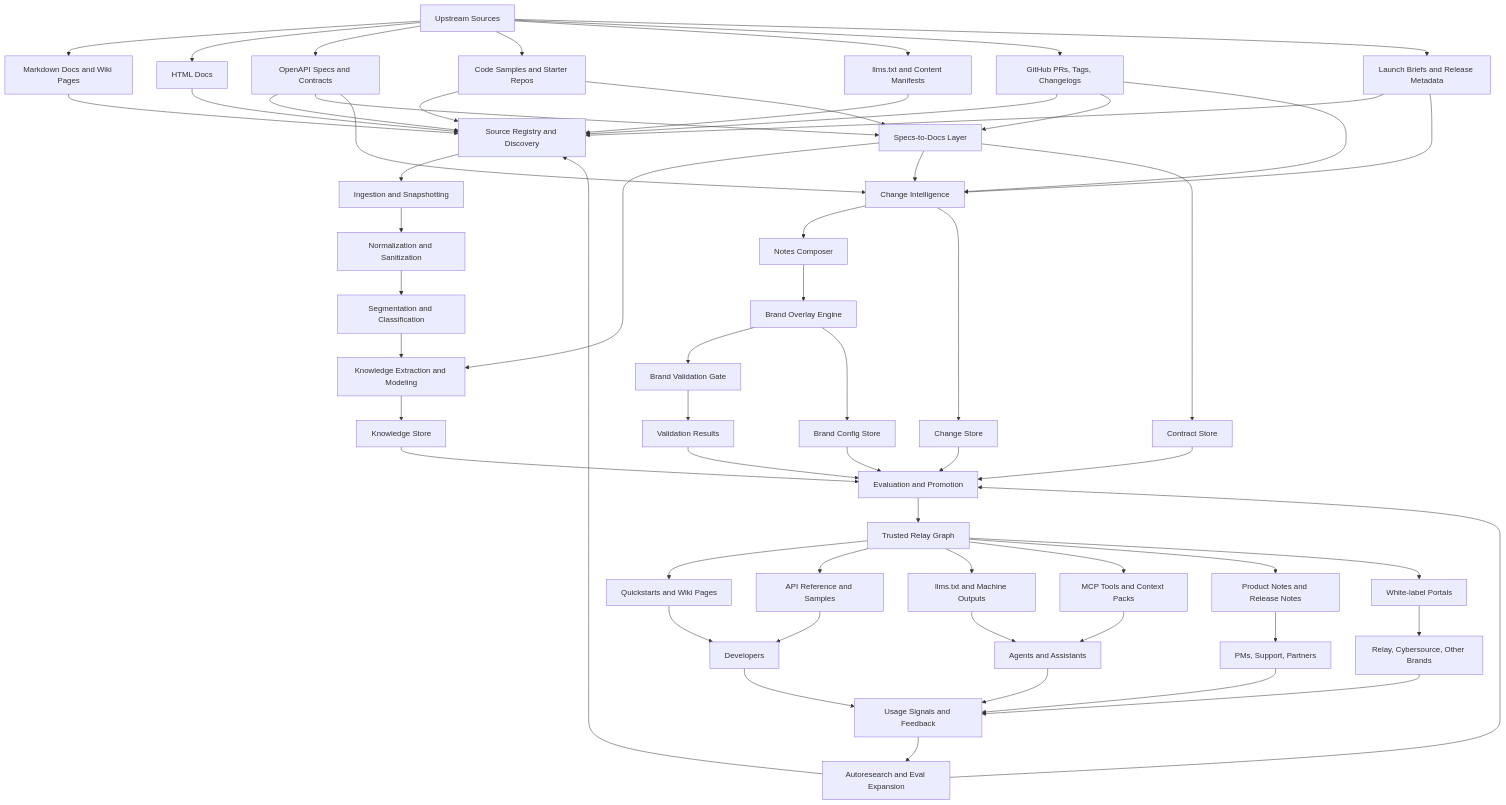
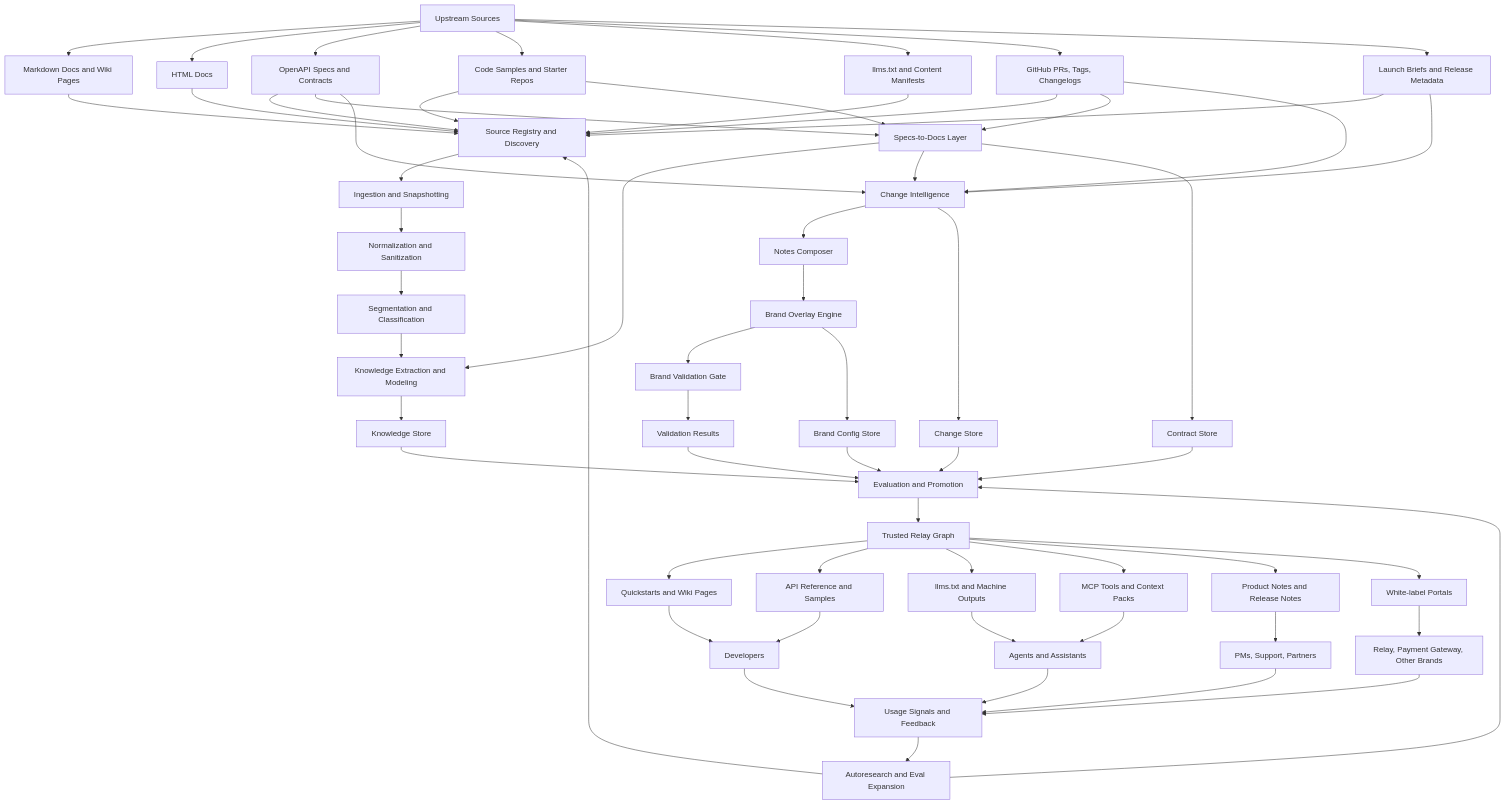
Before and after one commit to Poornimajagannath/bench-new: the diagram in docs/plans/2026-08-04-003-feat-relay-service-decomposition-plan.md, drawn with Mermaid. The commit also changed other lines of this file and 787 other files, not shown here.

````diff
--- a/docs/plans/2026-08-04-003-feat-relay-service-decomposition-plan.md
+++ b/docs/plans/2026-08-04-003-feat-relay-service-decomposition-plan.md
@@ -22,73 +22,73 @@
 ```mermaid
 flowchart TD
     A[Upstream Sources] --> A1[Markdown Docs and Wiki Pages]
     A --> A2[HTML Docs]
     A --> A3[OpenAPI Specs and Contracts]
     A --> A4[Code Samples and Starter Repos]
     A --> A5[llms.txt and Content Manifests]
     A --> A6[GitHub PRs, Tags, Changelogs]
     A --> A7[Launch Briefs and Release Metadata]
 
     A1 --> B[Source Registry and Discovery]
     A2 --> B
     A3 --> B
     A4 --> B
     A5 --> B
     A6 --> B
     A7 --> B
 
     B --> C[Ingestion and Snapshotting]
     C --> D[Normalization and Sanitization]
     D --> E[Segmentation and Classification]
 
     E --> F[Knowledge Extraction and Modeling]
     A3 --> G[Specs-to-Docs Layer]
     A4 --> G
     A6 --> G
     G --> F
 
     A3 --> H[Change Intelligence]
     A6 --> H
     A7 --> H
     G --> H
     H --> I[Notes Composer]
     I --> J[Brand Overlay Engine]
     J --> K[Brand Validation Gate]
 
     F --> L[Knowledge Store]
     G --> M[Contract Store]
     H --> N[Change Store]
     J --> O[Brand Config Store]
     K --> P[Validation Results]
 
     L --> Q[Evaluation and Promotion]
     M --> Q
     N --> Q
     O --> Q
     P --> Q
 
     Q --> R[Trusted Relay Graph]
 
     R --> S1[Quickstarts and Wiki Pages]
     R --> S2[API Reference and Samples]
     R --> S3[llms.txt and Machine Outputs]
     R --> S4[MCP Tools and Context Packs]
     R --> S5[Product Notes and Release Notes]
     R --> S6[White-label Portals]
 
     S1 --> T[Developers]
     S2 --> T
     S3 --> U[Agents and Assistants]
     S4 --> U
     S5 --> V[PMs, Support, Partners]
-    S6 --> W[Relay, Cybersource, Other Brands]
+    S6 --> W[Relay, Payment Gateway, Other Brands]
 
     T --> X[Usage Signals and Feedback]
     U --> X
     V --> X
     W --> X
 
     X --> Y[Autoresearch and Eval Expansion]
     Y --> B
     Y --> Q
 ```
````
